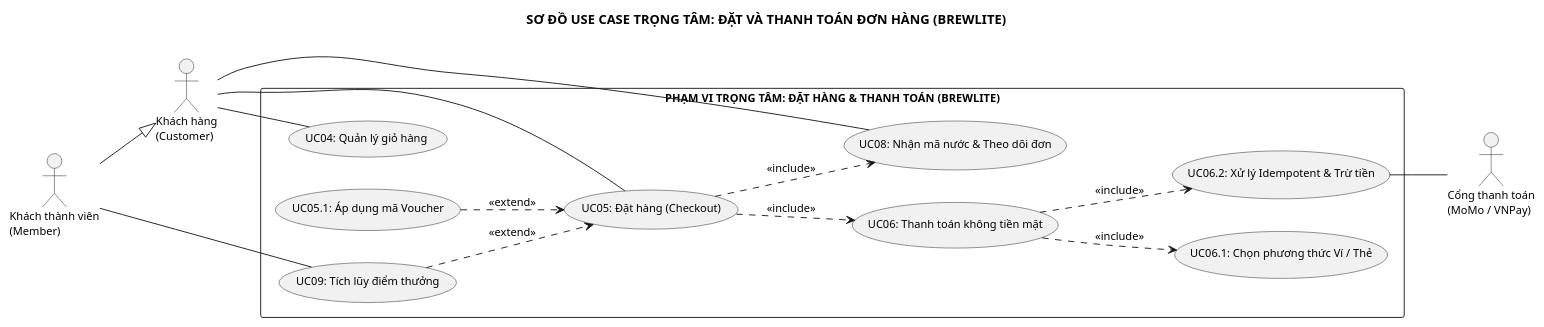
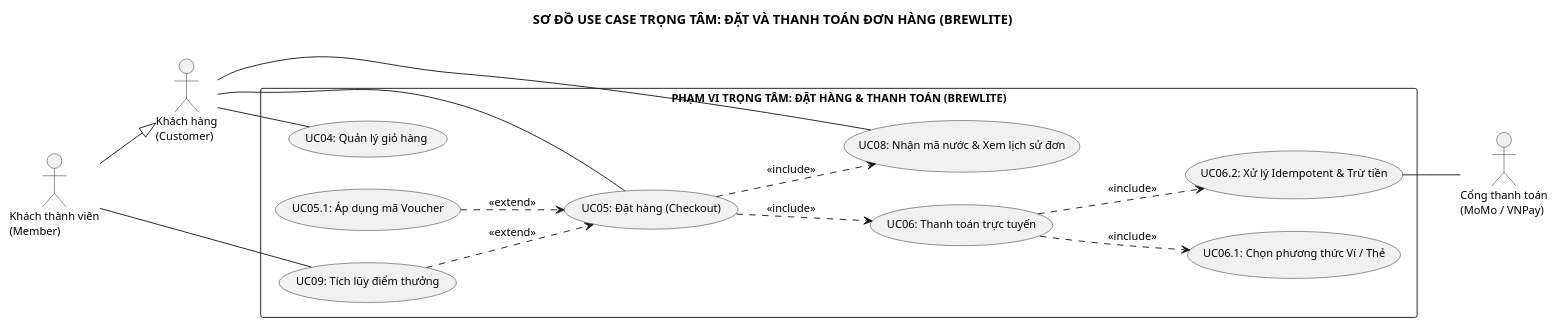
Before and after one commit to nphat-code/swe-project: the diagram in docs/diagrams/use-case/use-case-checkout.puml, drawn with PlantUML. The commit also changed 6 other files, not shown here.

Commit message:
docs(use-case): unify UC06 and UC08 naming across all diagrams and specifications

```diff
--- a/docs/diagrams/use-case/use-case-checkout.puml
+++ b/docs/diagrams/use-case/use-case-checkout.puml
@@ -1,43 +1,43 @@
 @startuml use-case-checkout
 title SƠ ĐỒ USE CASE TRỌNG TÂM: ĐẶT VÀ THANH TOÁN ĐƠN HÀNG (BREWLITE)
 left to right direction
 skinparam monochrome true
 skinparam shadowing false
 skinparam defaultFontName "Arial"
 skinparam defaultFontSize 12
 skinparam packageStyle rectangle
 
 actor "Khách hàng\n(Customer)" as Customer
 actor "Khách thành viên\n(Member)" as Member
 actor "Cổng thanh toán\n(MoMo / VNPay)" as PaymentGW
 
 Member --|> Customer
 
 rectangle "PHẠM VI TRỌNG TÂM: ĐẶT HÀNG & THANH TOÁN (BREWLITE)" {
     usecase "UC04: Quản lý giỏ hàng" as UC4
     usecase "UC05: Đặt hàng (Checkout)" as UC5
     usecase "UC05.1: Áp dụng mã Voucher" as UC5_1
     
-    usecase "UC06: Thanh toán không tiền mặt" as UC6
+    usecase "UC06: Thanh toán trực tuyến" as UC6
     usecase "UC06.1: Chọn phương thức Ví / Thẻ" as UC6_1
     usecase "UC06.2: Xử lý Idempotent & Trừ tiền" as UC6_2
     
-    usecase "UC08: Nhận mã nước & Theo dõi đơn" as UC8
+    usecase "UC08: Nhận mã nước & Xem lịch sử đơn" as UC8
     usecase "UC09: Tích lũy điểm thưởng" as UC9
 }
 
 Customer -- UC4
 Customer -- UC5
 Customer -- UC8
 
 UC5 ..> UC6 : <<include>>
 UC5_1 ..> UC5 : <<extend>>
 
 UC6 ..> UC6_1 : <<include>>
 UC6 ..> UC6_2 : <<include>>
 UC6_2 -- PaymentGW
 
 UC5 ..> UC8 : <<include>>
 UC9 ..> UC5 : <<extend>>
 Member -- UC9
 @enduml
```
